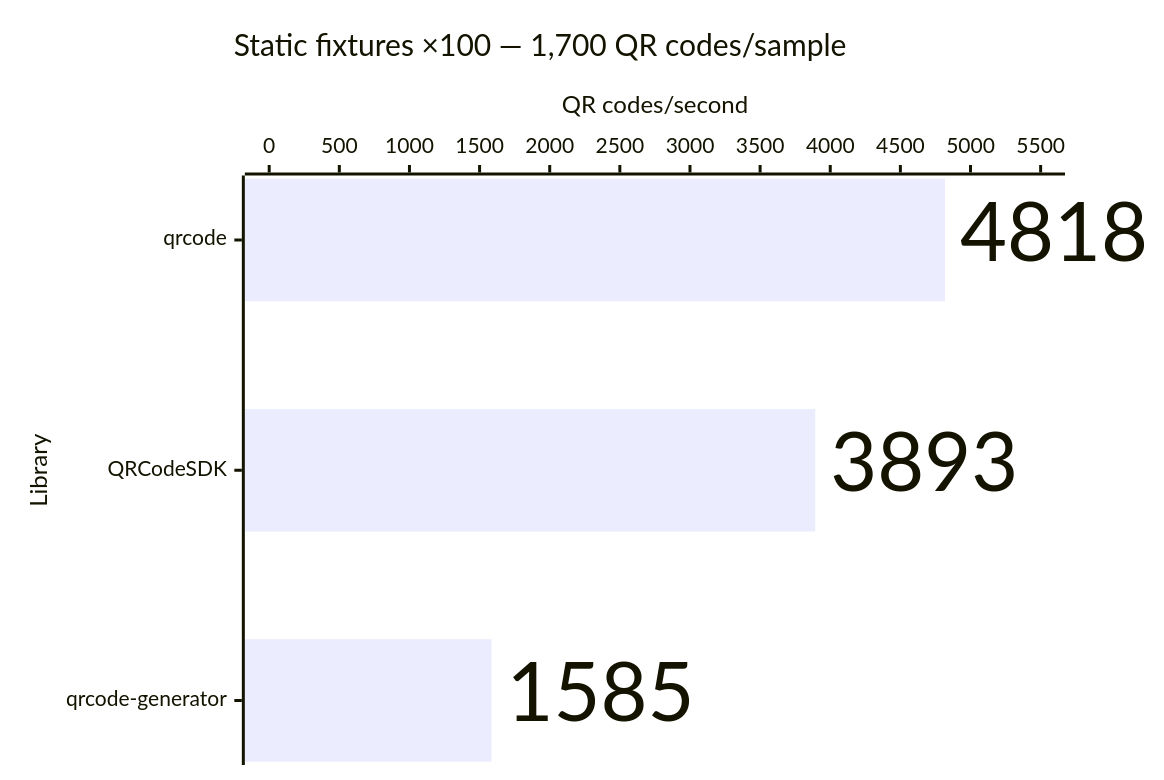
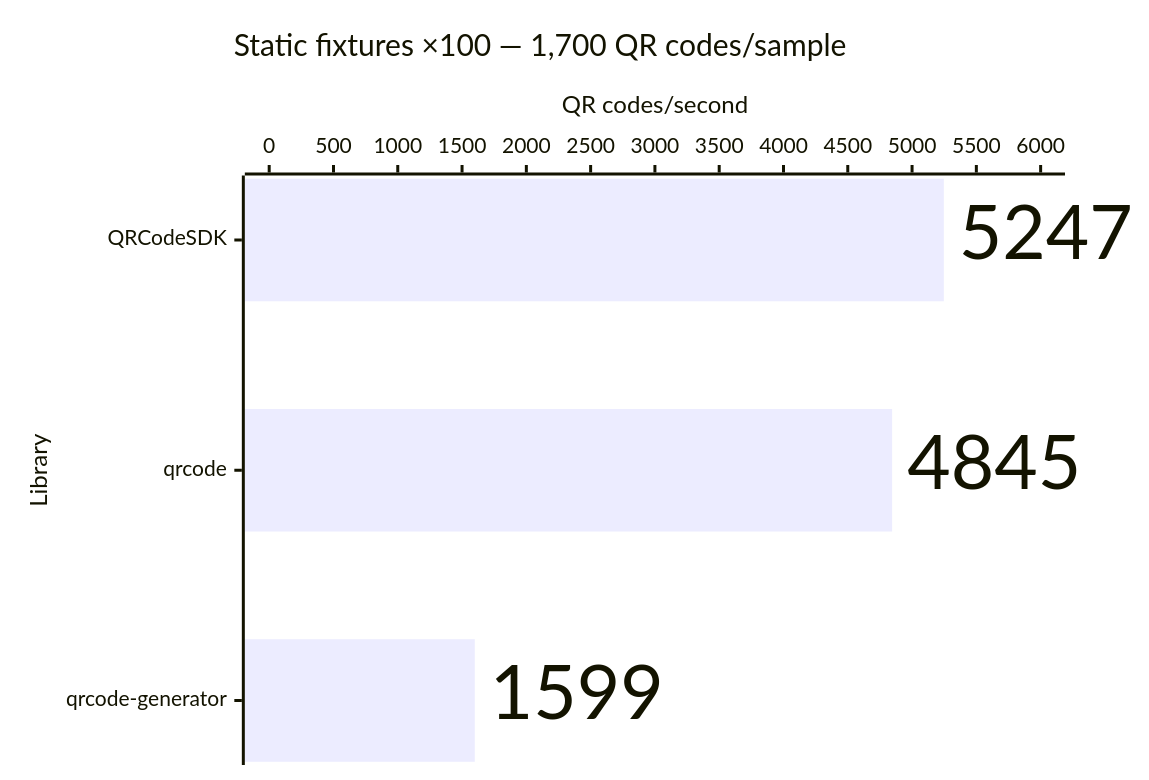
One commit to Dafnik/qrcodesdk changed the tenth of 14 diagrams in apps/docs/src/content/docs/learn/performance.md. Above: the diagram before and after it, drawn with Mermaid. The commit also changed other lines of this file and 417 other files, not shown here.

````diff
--- a/apps/docs/src/content/docs/learn/performance.md
+++ b/apps/docs/src/content/docs/learn/performance.md
@@ -214,15 +214,15 @@
 ```mermaid
 ---
 config:
   xyChart:
     showDataLabel: true
     showDataLabelOutsideBar: true
 ---
 xychart horizontal
   accTitle: SVG generation: Static fixtures ×100 — 1,700 QR codes/sample
-  accDescr: Throughput calculated from median time. qrcode 4,818 QR codes per second, QRCodeSDK 3,893 QR codes per second, qrcode-generator 1,585 QR codes per second. Higher is better.
+  accDescr: Throughput calculated from median time. QRCodeSDK 5,247 QR codes per second, qrcode 4,845 QR codes per second, qrcode-generator 1,599 QR codes per second. Higher is better.
   title "Static fixtures ×100 — 1,700 QR codes/sample"
-  x-axis "Library" ["qrcode", "QRCodeSDK", "qrcode-generator"]
-  y-axis "QR codes/second" 0 --> 5500
-  bar [4818, 3893, 1585]
+  x-axis "Library" ["QRCodeSDK", "qrcode", "qrcode-generator"]
+  y-axis "QR codes/second" 0 --> 6000
+  bar [5247, 4845, 1599]
 ```
````
